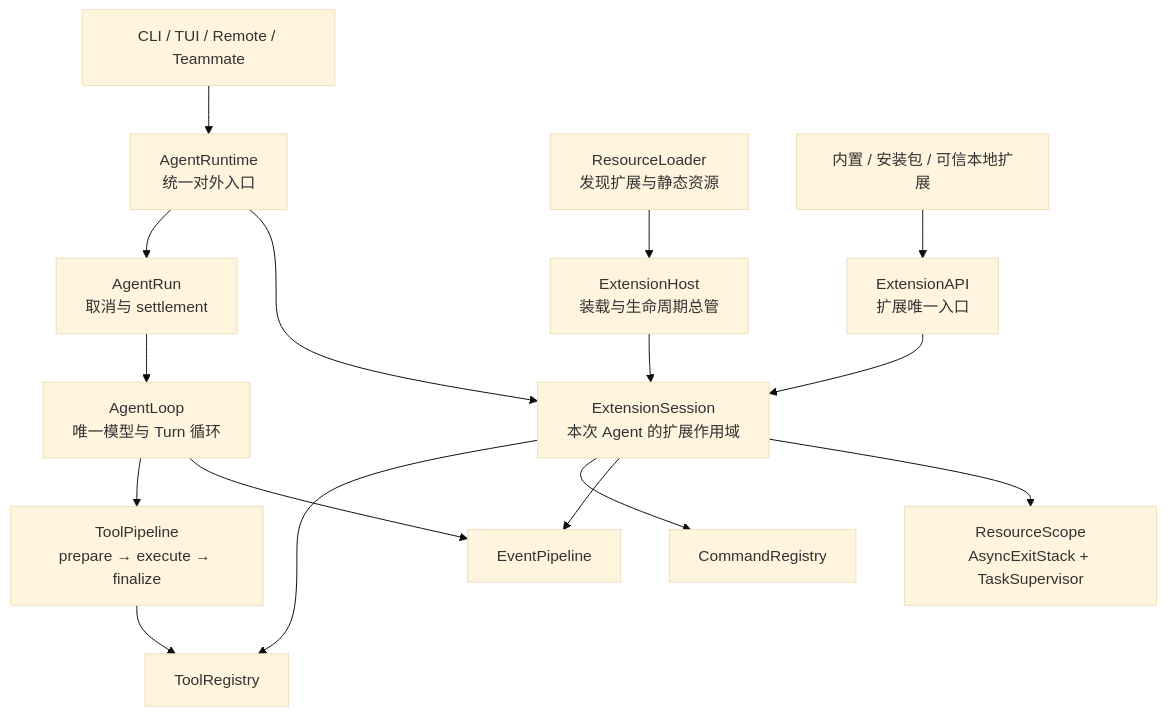
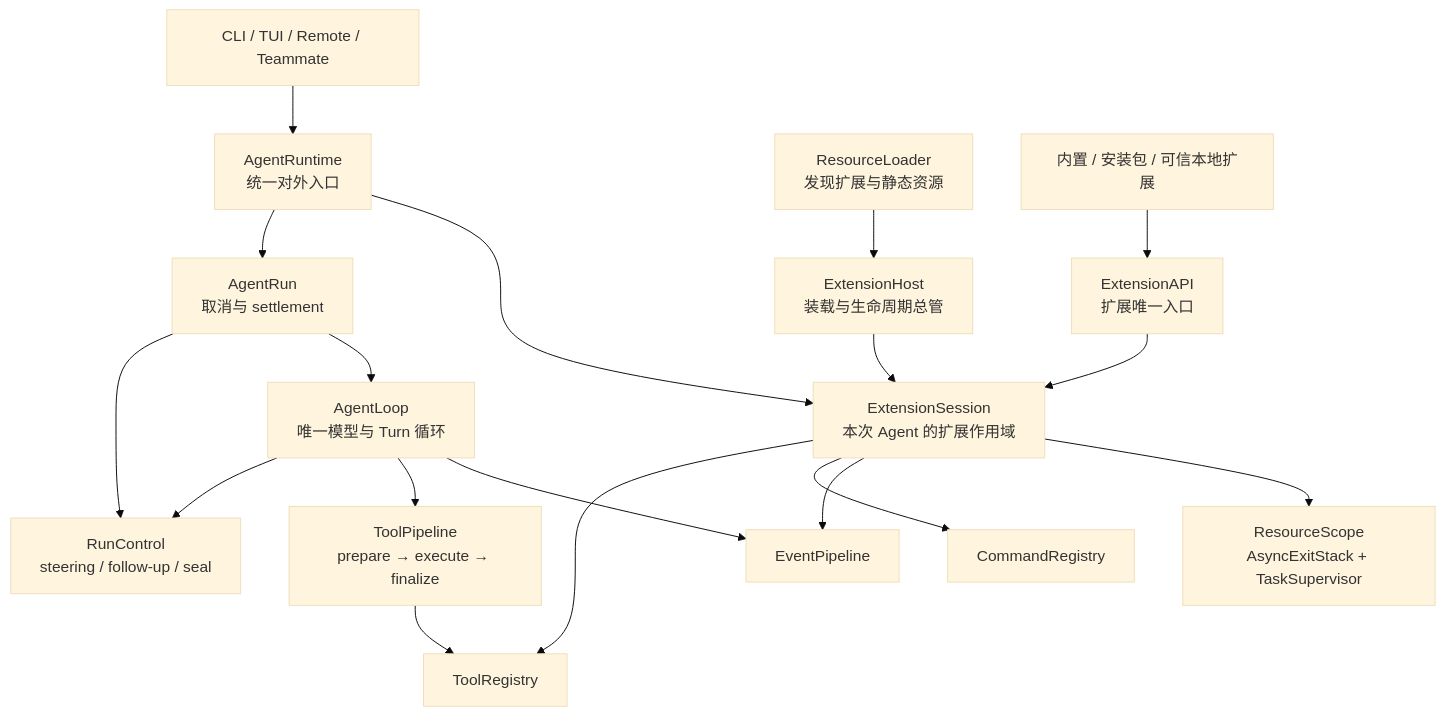
One commit to xiaokekehaha/koko-pi-agent changed the first of 4 diagrams in docs/mewcode-pi-inspired-runtime-design.md. Above: the diagram before and after it, drawn with Mermaid (base theme). The commit also changed other lines of this file and 73 other files, not shown here.

````diff
--- a/docs/mewcode-pi-inspired-runtime-design.md
+++ b/docs/mewcode-pi-inspired-runtime-design.md
@@ -176,18 +181,20 @@
 ```mermaid
 flowchart TB
     UI["CLI / TUI / Remote / Teammate"] --> AR["AgentRuntime<br/>统一对外入口"]
     AR --> RUN["AgentRun<br/>取消与 settlement"]
+    RUN --> RC["RunControl<br/>steering / follow-up / seal"]
     RUN --> LOOP["AgentLoop<br/>唯一模型与 Turn 循环"]
+    LOOP --> RC
     LOOP --> TP["ToolPipeline<br/>prepare → execute → finalize"]
     AR --> ES["ExtensionSession<br/>本次 Agent 的扩展作用域"]
     EH["ExtensionHost<br/>装载与生命周期总管"] --> ES
     RL["ResourceLoader<br/>发现扩展与静态资源"] --> EH
     ES --> TR["ToolRegistry"]
     ES --> CR["CommandRegistry"]
     ES --> EP["EventPipeline"]
     ES --> RS["ResourceScope<br/>AsyncExitStack + TaskSupervisor"]
     EA["ExtensionAPI<br/>扩展唯一入口"] --> ES
     EXT["内置 / 安装包 / 可信本地扩展"] --> EA
     TP --> TR
     LOOP --> EP
 ```
````
